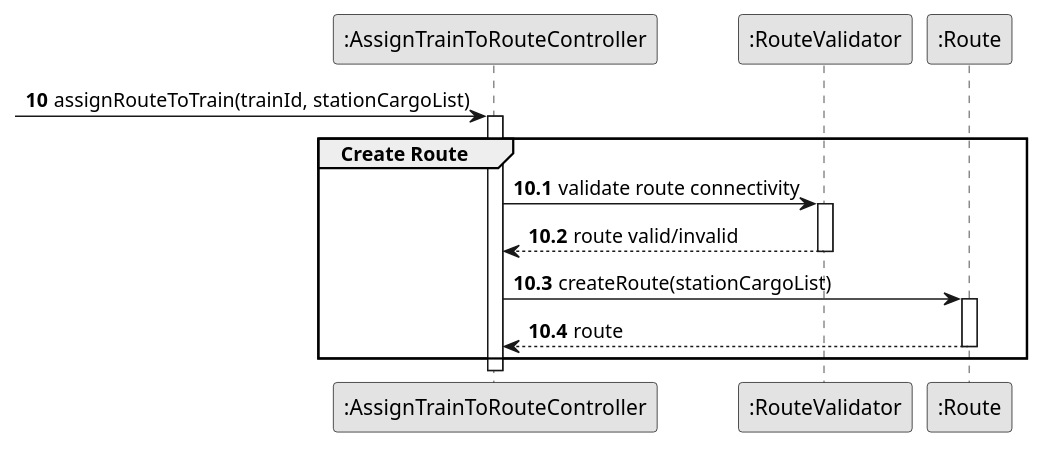
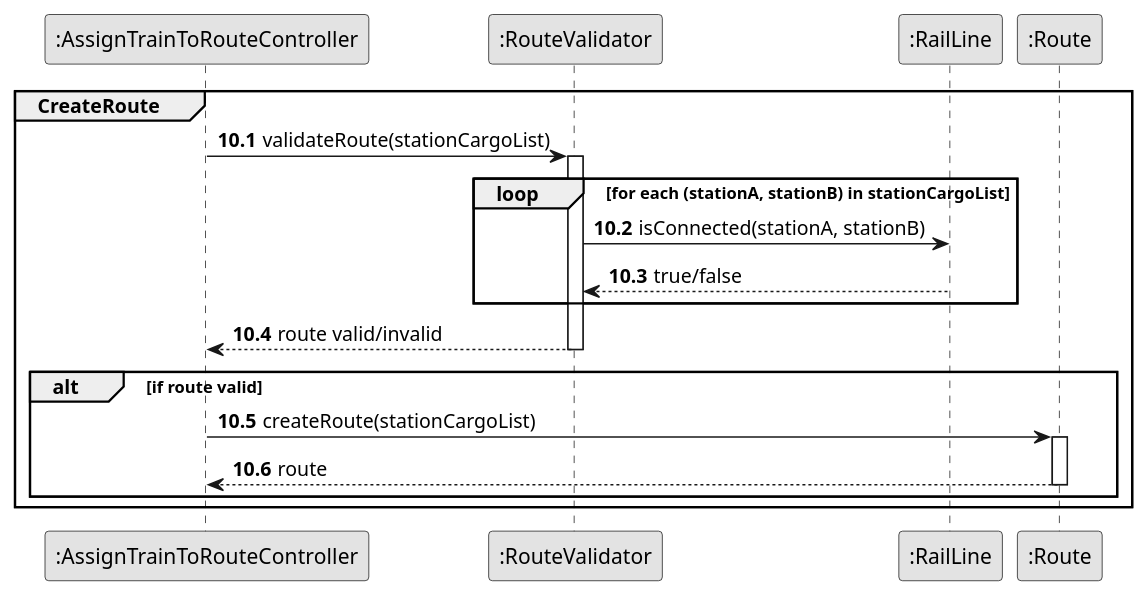
The diagram in docs/system-documentation/US010/03.design/puml/US010-SD-partial-create-route.puml (1240826/empire-on-tracks), drawn with PlantUML before and after one commit. The commit also changed 24 other files, not shown here.

```diff
--- a/docs/system-documentation/US010/03.design/puml/US010-SD-partial-create-route.puml
+++ b/docs/system-documentation/US010/03.design/puml/US010-SD-partial-create-route.puml
@@ -1,32 +1,32 @@
 @startuml
 skinparam monochrome true
 skinparam packageStyle rectangle
 skinparam shadowing false
 
-'hide footbox
+participant ":AssignTrainToRouteController" as Controller
+participant ":RouteValidator"                   as Validator
+participant ":RailLine"                         as RailLine
+participant ":Route"                            as Route
 
-participant ":AssignTrainToRouteController" as Controller
-participant ":RouteValidator" as Validator
-participant ":Route" as Route
+autonumber 10.1
 
-autonumber 10
- -> Controller : assignRouteToTrain(trainId, stationCargoList)
-autonumber 10.1
-activate Controller
-    group Create Route
+group CreateRoute
+    Controller -> Validator : validateRoute(stationCargoList)
+    activate Validator
 
-        Controller -> Validator : validate route connectivity
-        activate Validator
-            Validator --> Controller : route valid/invalid
-        deactivate Validator
+    loop for each (stationA, stationB) in stationCargoList
+        Validator -> RailLine : isConnected(stationA, stationB)
+        RailLine --> Validator   : true/false
+    end
 
+    Validator --> Controller : route valid/invalid
+    deactivate Validator
+
+    alt if route valid
         Controller -> Route : createRoute(stationCargoList)
         activate Route
-            Route --> Controller : route
+        Route --> Controller : route
         deactivate Route
-
     end
-
-
-
+end
 @enduml
```
